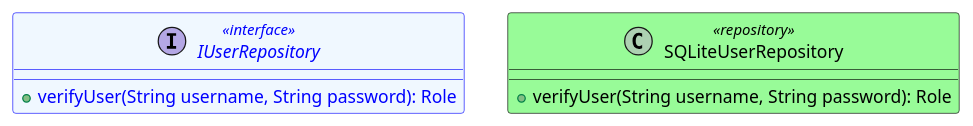
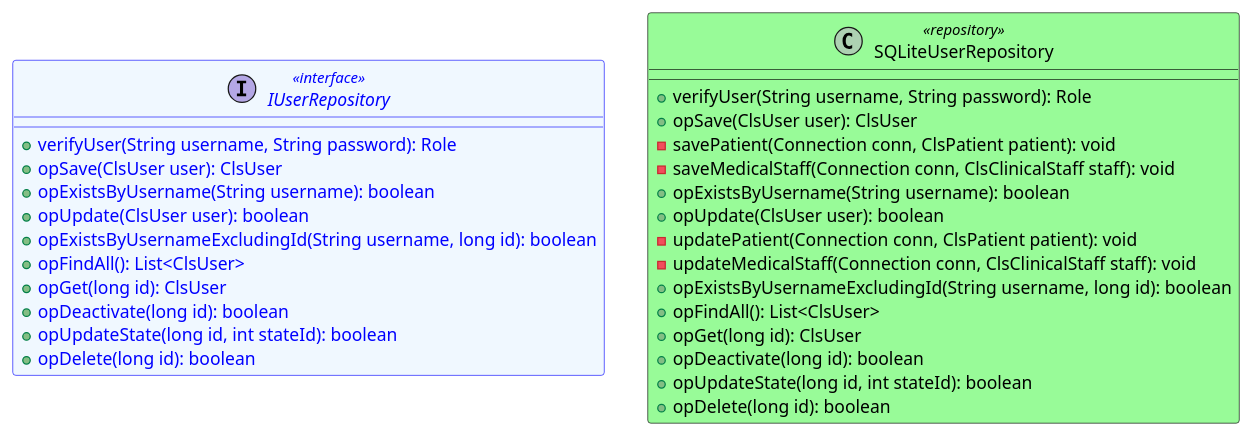
Before and after one commit to FernandoMulato/Piedrazul-Medical-Services-Network: the diagram in 1.Project-with_Monolithic_Architecture/mod_app_piedrazul_medical_services_network/Infrastructure/dClassInfrastructureOperations.puml, drawn with PlantUML. The commit also changed 6 other files, not shown here.

Commit message:
Se agregan diagramas UML de registro, actualización, consulta y desactivación de usuarios

```diff
--- a/1.Project-with_Monolithic_Architecture/mod_app_piedrazul_medical_services_network/Infrastructure/dClassInfrastructureOperations.puml
+++ b/1.Project-with_Monolithic_Architecture/mod_app_piedrazul_medical_services_network/Infrastructure/dClassInfrastructureOperations.puml
@@ -1,11 +1,45 @@
 @startuml InfrastructureOperationsClasses
 
 interface IUserRepository <<interface>> #aliceblue;line:blue;text:blue {
-  +verifyUser(String username, String password): Role 
+  ' --- existente ---
+  +verifyUser(String username, String password): Role
+  ' --- E1-HU1: Registrar Usuario ---
+  +opSave(ClsUser user): ClsUser
+  +opExistsByUsername(String username): boolean
+  ' --- E1-HU2: Actualizar Usuario ---
+  +opUpdate(ClsUser user): boolean
+  +opExistsByUsernameExcludingId(String username, long id): boolean
+  ' --- E1-HU3: Consultar Usuarios ---
+  +opFindAll(): List<ClsUser>
+  +opGet(long id): ClsUser
+  ' --- E1-HU4: Desactivar Usuario ---
+  +opDeactivate(long id): boolean
+  +opUpdateState(long id, int stateId): boolean
+  ' --- (no soportado, lanza excepción) ---
+  +opDelete(long id): boolean
 }
 
 class SQLiteUserRepository <<repository>> #PaleGreen;line:Black;text:Black {
+  ' --- existente ---
   +verifyUser(String username, String password): Role
+  ' --- E1-HU1: Registrar Usuario ---
+  +opSave(ClsUser user): ClsUser
+  -savePatient(Connection conn, ClsPatient patient): void
+  -saveMedicalStaff(Connection conn, ClsClinicalStaff staff): void
+  +opExistsByUsername(String username): boolean
+  ' --- E1-HU2: Actualizar Usuario ---
+  +opUpdate(ClsUser user): boolean
+  -updatePatient(Connection conn, ClsPatient patient): void
+  -updateMedicalStaff(Connection conn, ClsClinicalStaff staff): void
+  +opExistsByUsernameExcludingId(String username, long id): boolean
+  ' --- E1-HU3: Consultar Usuarios ---
+  +opFindAll(): List<ClsUser>
+  +opGet(long id): ClsUser
+  ' --- E1-HU4: Desactivar Usuario ---
+  +opDeactivate(long id): boolean
+  +opUpdateState(long id, int stateId): boolean
+  ' --- (no soportado) ---
+  +opDelete(long id): boolean
 }
 
 @enduml
```
